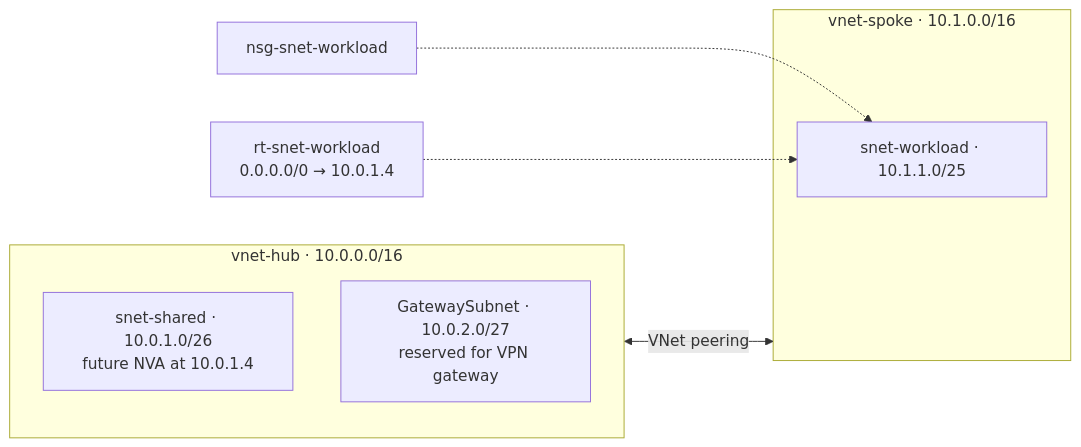
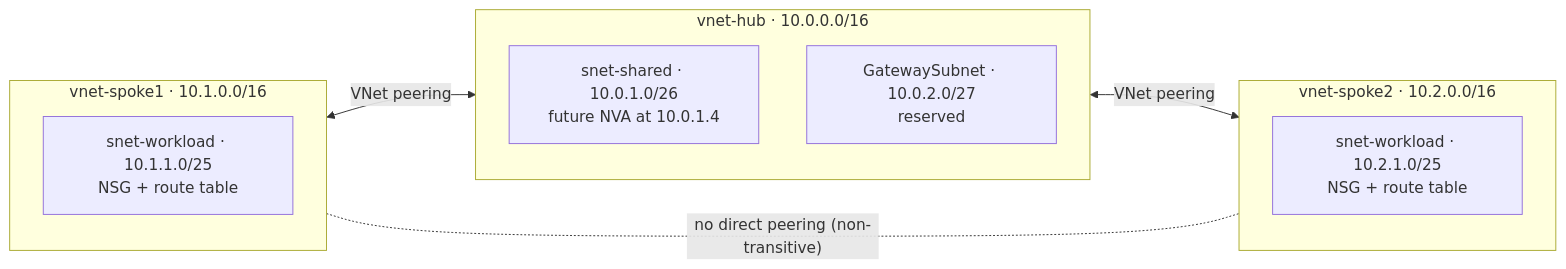
Before and after one commit to ChefBoyRJeff/azure-hub-spoke-network: the diagram in README.md, drawn with Mermaid. The commit also changed other lines of this file and 2 other files, not shown here.

Commit message:
Updated README for modular two-spoke design

````diff
--- a/README.md
+++ b/README.md
@@ -17,13 +17,16 @@
 ```mermaid
 flowchart LR
+  subgraph S1["vnet-spoke1 · 10.1.0.0/16"]
+    W1["snet-workload · 10.1.1.0/25<br/>NSG + route table"]
+  end
   subgraph HUB["vnet-hub · 10.0.0.0/16"]
     SHARED["snet-shared · 10.0.1.0/26<br/>future NVA at 10.0.1.4"]
-    GW["GatewaySubnet · 10.0.2.0/27<br/>reserved for VPN gateway"]
+    GW["GatewaySubnet · 10.0.2.0/27<br/>reserved"]
   end
-  subgraph SPOKE["vnet-spoke · 10.1.0.0/16"]
-    WL["snet-workload · 10.1.1.0/25"]
+  subgraph S2["vnet-spoke2 · 10.2.0.0/16"]
+    W2["snet-workload · 10.2.1.0/25<br/>NSG + route table"]
   end
-  NSG["nsg-snet-workload"] -.-> WL
-  RT["rt-snet-workload<br/>0.0.0.0/0 → 10.0.1.4"] -.-> WL
-  HUB <-->|VNet peering| SPOKE
+  S1 <-->|VNet peering| HUB
+  HUB <-->|VNet peering| S2
+  S1 -.-|"no direct peering (non-transitive)"| S2
 ```
````
